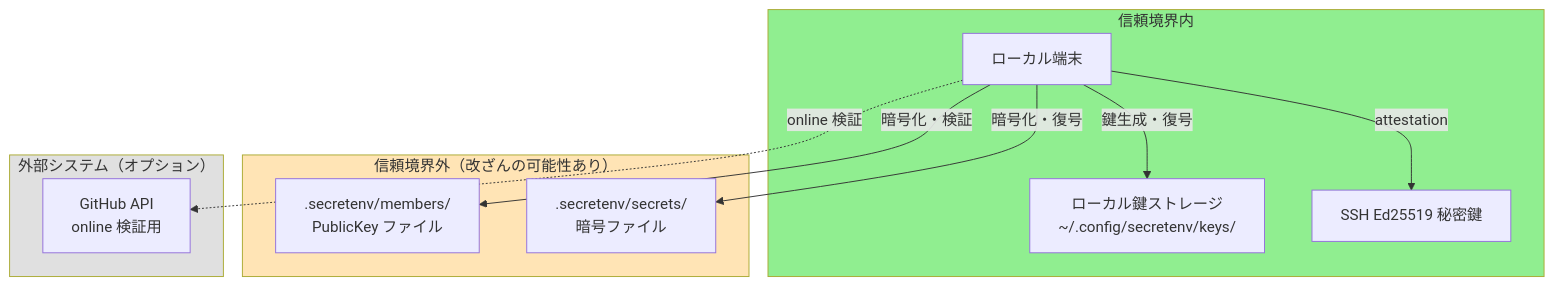
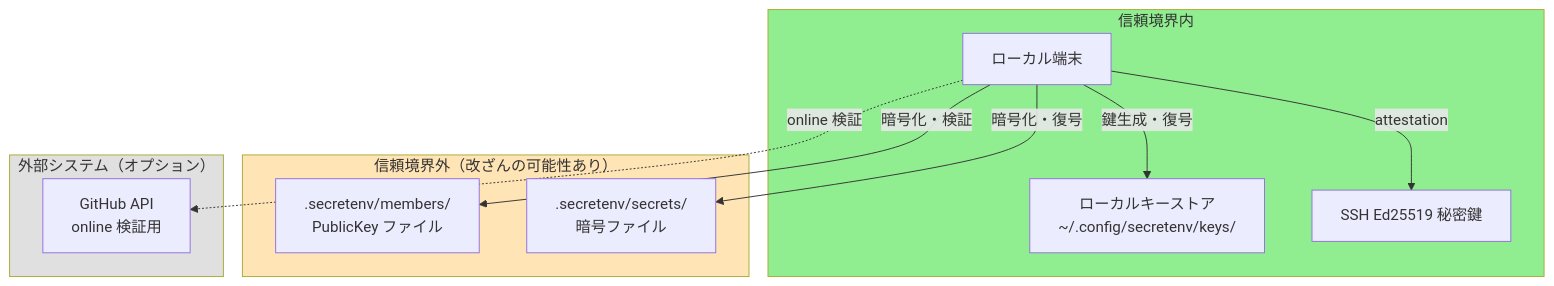
Before and after one commit to ebisawa/secretenv: the first of 6 diagrams in guides/security_design_v3_ja.md, drawn with Mermaid. The commit also changed other lines of this file and 3 other files, not shown here.

````diff
--- a/guides/security_design_v3_ja.md
+++ b/guides/security_design_v3_ja.md
@@ -66,27 +66,27 @@
 ```mermaid
 graph TB
     subgraph trusted["信頼境界内"]
         LocalTerminal[ローカル端末]
-        LocalKeystore["ローカル鍵ストレージ<br/>~/.config/secretenv/keys/"]
+        LocalKeystore["ローカルキーストア<br/>~/.config/secretenv/keys/"]
         SSHKey[SSH Ed25519 秘密鍵]
     end
 
     subgraph untrusted["信頼境界外（改ざんの可能性あり）"]
         MembersDir[".secretenv/members/<br/>PublicKey ファイル"]
         SecretsDir[".secretenv/secrets/<br/>暗号ファイル"]
     end
 
     subgraph external["外部システム（オプション）"]
         GitHub["GitHub API<br/>online 検証用"]
     end
 
     LocalTerminal -->|鍵生成・復号| LocalKeystore
     LocalTerminal -->|attestation| SSHKey
     LocalTerminal -->|暗号化・検証| MembersDir
     LocalTerminal -->|暗号化・復号| SecretsDir
     LocalTerminal -.->|online 検証| GitHub
 
     style trusted fill:#90EE90
     style untrusted fill:#FFE4B5
     style external fill:#E0E0E0
 ```
````
